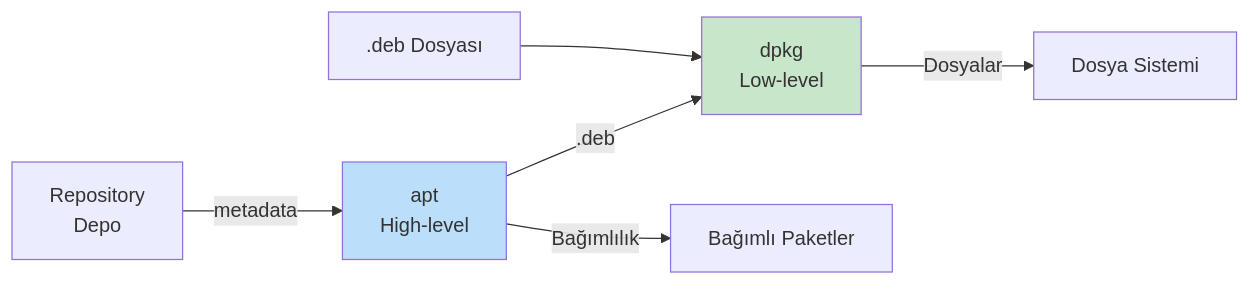
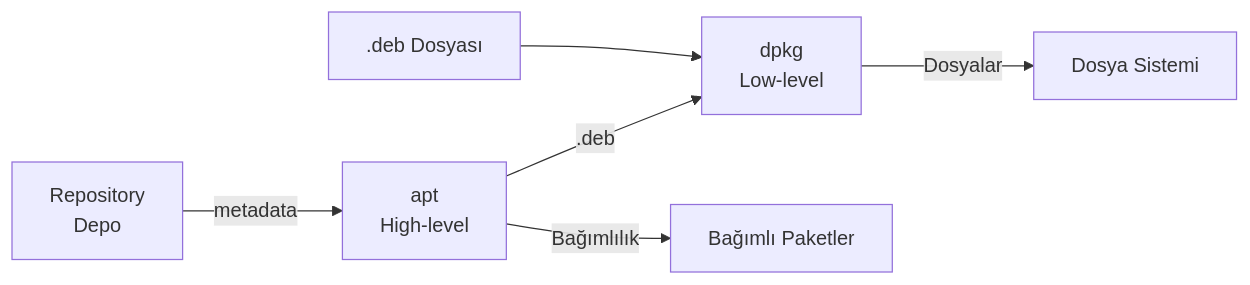
One commit to serkanMzlm/MechatronicsNotebook changed the diagram in docs/md/linux/package_management.md. Above: the diagram before and after it, drawn with Mermaid. The commit also changed other lines of this file and 5 other files, not shown here.

````diff
--- a/docs/md/linux/package_management.md
+++ b/docs/md/linux/package_management.md
@@ -6,11 +6,8 @@
 ```mermaid
 graph LR
     REPO[Repository\nDepo] -->|metadata| APT[apt\nHigh-level]
     APT -->|.deb| DPKG[dpkg\nLow-level]
     DPKG -->|Dosyalar| FS[Dosya Sistemi]
     LOCAL[.deb Dosyası] --> DPKG
     APT -->|Bağımlılık| DEP[Bağımlı Paketler]
-
-    style APT fill:#BBDEFB
-    style DPKG fill:#C8E6C9
 ```
````
